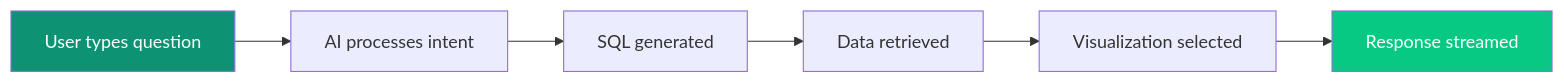
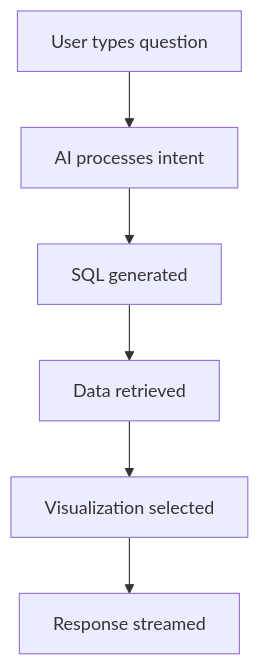
The diagram in platform/chat-agent.mdx (ashishsuperatom/tech-docs), drawn with Mermaid before and after one commit. The commit also changed other lines of this file and 37 other files, not shown here.

First line of the commit message:
Clean up docs: remove em-dashes, fix mermaid diagrams, remove emojis

````diff
--- a/platform/chat-agent.mdx
+++ b/platform/chat-agent.mdx
@@ -15,11 +15,9 @@
 ```mermaid
-flowchart LR
+flowchart TD
     USER["User types question"] --> AI["AI processes intent"]
     AI --> SQL["SQL generated"]
     SQL --> DATA["Data retrieved"]
     DATA --> VIZ["Visualization selected"]
     VIZ --> STREAM["Response streamed"]
 
-    style USER fill:#0D9373,color:#fff
-    style STREAM fill:#07C983,color:#fff
 ```
````
